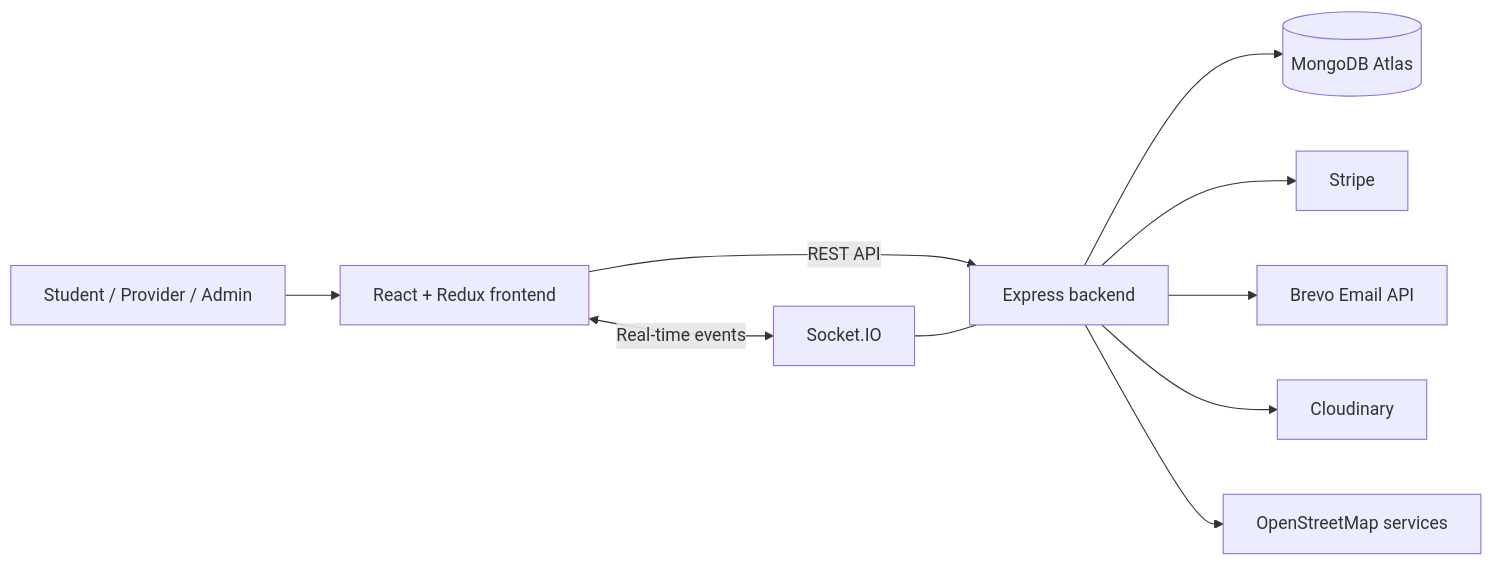
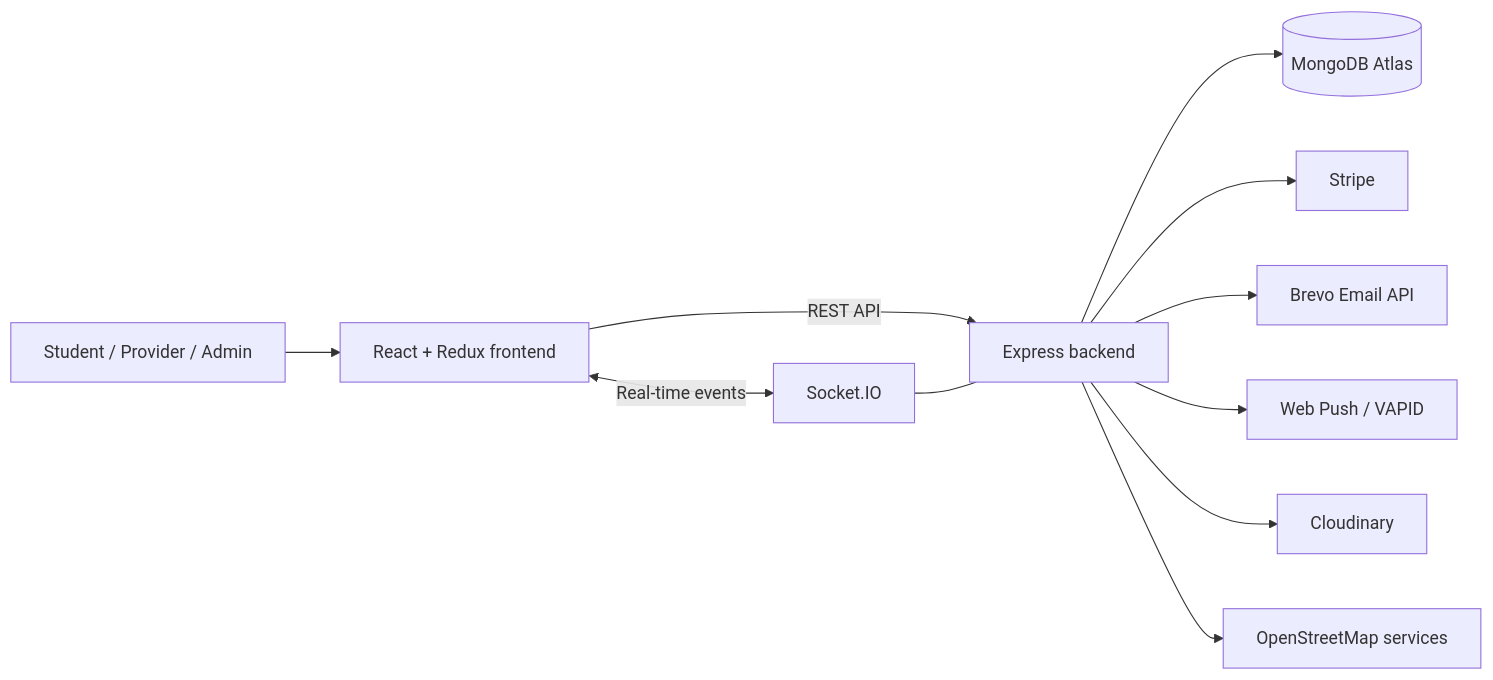
Before and after one commit to aqibawan2003/sfs: the second of 2 diagrams in README.md, drawn with Mermaid. The commit also changed other lines of this file, not shown here.

Commit message:
Improve README with push notification documentation

````diff
--- a/README.md
+++ b/README.md
@@ -74,12 +120,13 @@
 ```mermaid
 flowchart LR
     U[Student / Provider / Admin] --> F[React + Redux frontend]
     F -->|REST API| B[Express backend]
     F <-->|Real-time events| S[Socket.IO]
     S --- B
     B --> M[(MongoDB Atlas)]
     B --> P[Stripe]
     B --> E[Brevo Email API]
+    B --> W[Web Push / VAPID]
     B --> C[Cloudinary]
     B --> G[OpenStreetMap services]
 ```
````
